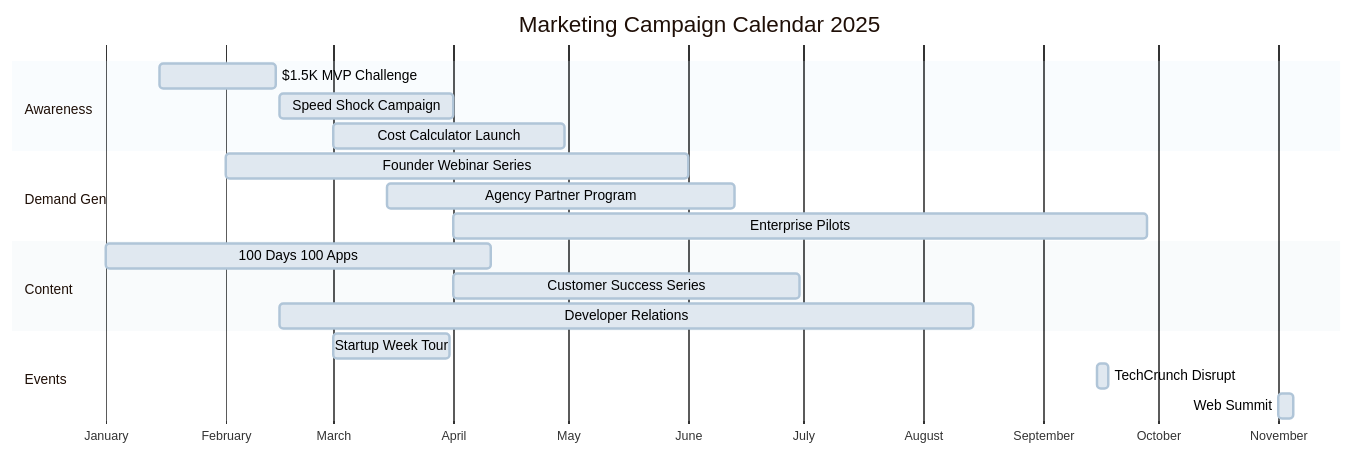
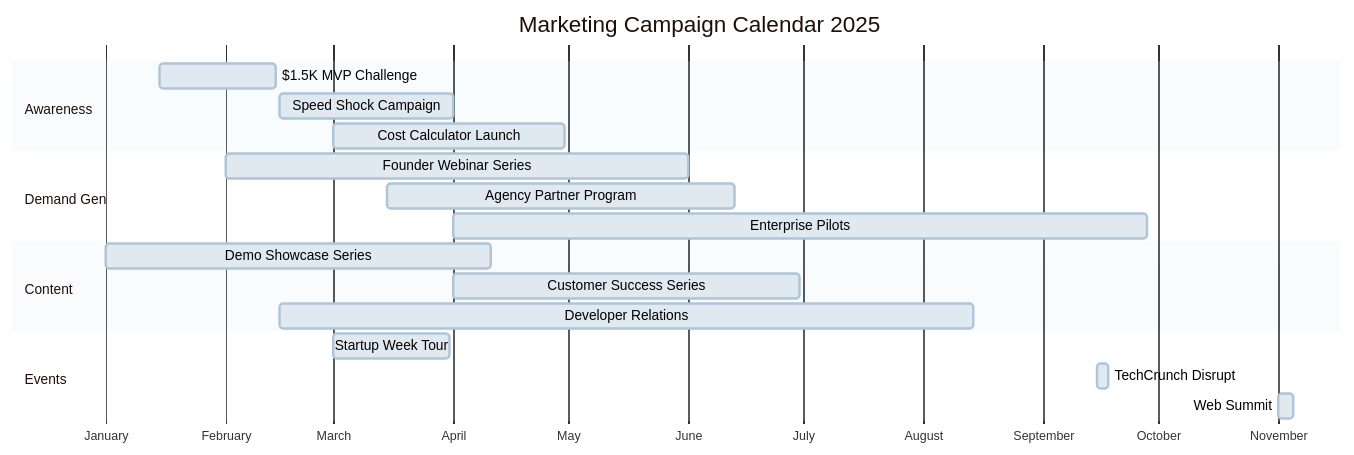
One commit to o2alexanderfedin/AI-Hive-Business-Docs changed the ninth of 17 diagrams in business-documents/competitive-positioning/06-go-to-market-positioning.md. Above: the diagram before and after it, drawn with Mermaid. The commit also changed other lines of this file and 1 other file, not shown here.

````diff
--- a/business-documents/competitive-positioning/06-go-to-market-positioning.md
+++ b/business-documents/competitive-positioning/06-go-to-market-positioning.md
@@ -539,49 +539,49 @@
 ```mermaid
 %%{init: {
   'theme': 'base',
   'themeVariables': {
     'primaryColor': '#E0E8F0',
     'primaryTextColor': '#000000',
     'primaryBorderColor': '#B0C5D8',
     'lineColor': '#B0C5D8',
     'secondaryColor': '#D5E8E0',
     'tertiaryColor': '#E0F0F8',
     'background': '#FFFFFF',
     'mainBkg': '#F8F8F8',
     'secondBkg': '#F0F0F0',
     'darkMode': false,
     'fontFamily': 'Arial, sans-serif',
     'fontSize': '14px',
     'textColor': '#000000',
     'ganttTitleColor': '#000000',
     'ganttTaskTextColor': '#000000',
     'ganttTaskTextOutsideColor': '#000000',
     'ganttGridLineColor': '#E1E1E1',
     'ganttNumberColor': '#000000'
   }
 }}%%
 gantt
     title Marketing Campaign Calendar 2025
     dateFormat YYYY-MM-DD
     axisFormat %B
 
     section Awareness
     $1.5K MVP Challenge    :2025-01-15, 30d
     Speed Shock Campaign   :2025-02-15, 45d
     Cost Calculator Launch :2025-03-01, 60d
 
     section Demand Gen
     Founder Webinar Series :2025-02-01, 120d
     Agency Partner Program :2025-03-15, 90d
     Enterprise Pilots      :2025-04-01, 180d
 
     section Content
-    100 Days 100 Apps     :2025-01-01, 100d
+    Demo Showcase Series   :2025-01-01, 100d
     Customer Success Series:2025-04-01, 90d
     Developer Relations    :2025-02-15, 180d
 
     section Events
     Startup Week Tour      :2025-03-01, 30d
     TechCrunch Disrupt    :2025-09-15, 3d
     Web Summit            :2025-11-01, 4d
 ```
````
